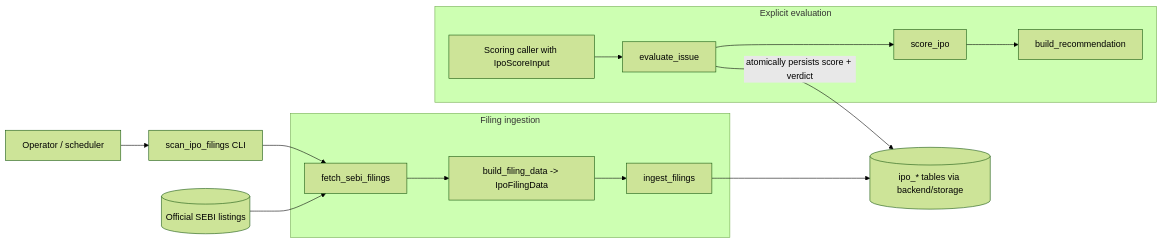
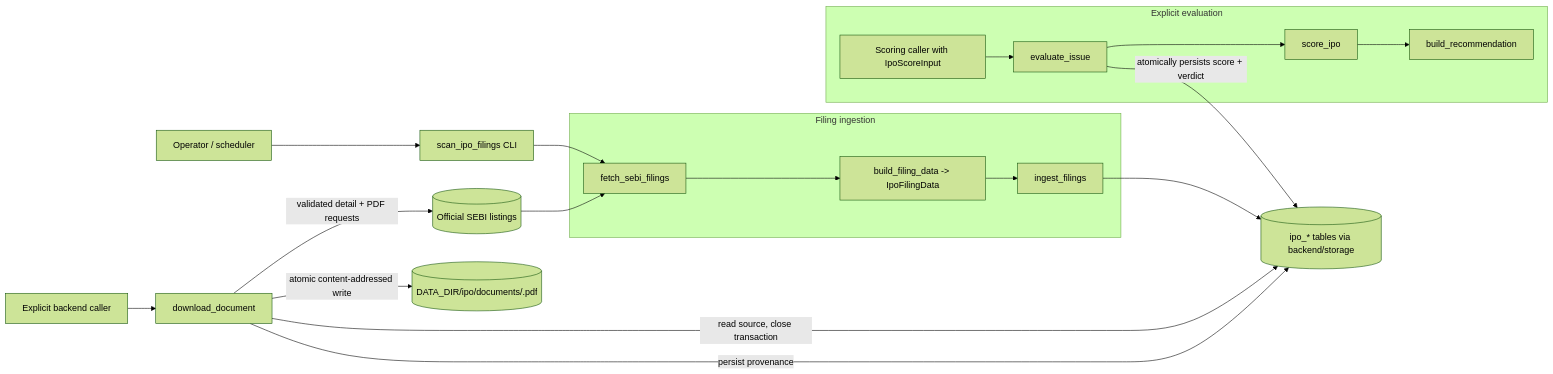
The diagram in docs/architecture/components/ipo-screener.md (DoRmAmMu1997/Streamlit-Scanner-App), drawn with Mermaid (forest theme) before and after one commit. The commit also changed other lines of this file and 21 other files, not shown here.

First line of the commit message:
docs(ipo): document downloader boundaries

````diff
--- a/docs/architecture/components/ipo-screener.md
+++ b/docs/architecture/components/ipo-screener.md
@@ -33,22 +38,30 @@
 ```mermaid
 flowchart LR
     Operator["Operator / scheduler"] --> Job["scan_ipo_filings CLI"]
     SEBI[("Official SEBI listings")]
     subgraph Ingestion [Filing ingestion]
       Fetch["fetch_sebi_filings"]
       Build["build_filing_data -> IpoFilingData"]
       Ingest["ingest_filings"]
     end
     subgraph Evaluation [Explicit evaluation]
       Caller["Scoring caller with IpoScoreInput"]
       Eval["evaluate_issue"]
       Score["score_ipo"]
       Verdict["build_recommendation"]
     end
     Storage[("ipo_* tables via backend/storage")]
+    DownloadCaller["Explicit backend caller"]
+    Download["download_document"]
+    Cache[("DATA_DIR/ipo/documents/<sha256>.pdf")]
 
     Job --> Fetch
     SEBI --> Fetch --> Build --> Ingest --> Storage
+    DownloadCaller --> Download
+    Download -->|read source, close transaction| Storage
+    Download -->|validated detail + PDF requests| SEBI
+    Download -->|atomic content-addressed write| Cache
+    Download -->|persist provenance| Storage
     Caller --> Eval --> Score --> Verdict
     Eval -->|atomically persists score + verdict| Storage
 ```
````
